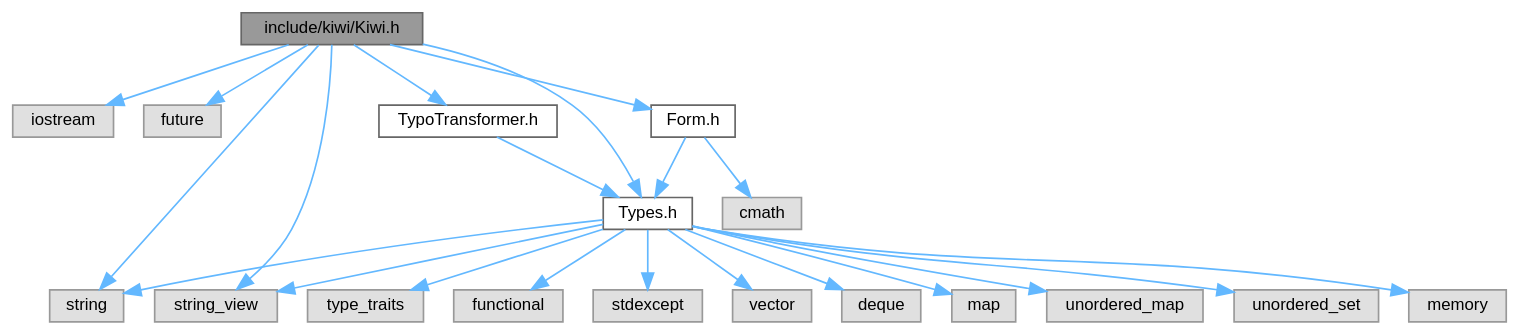
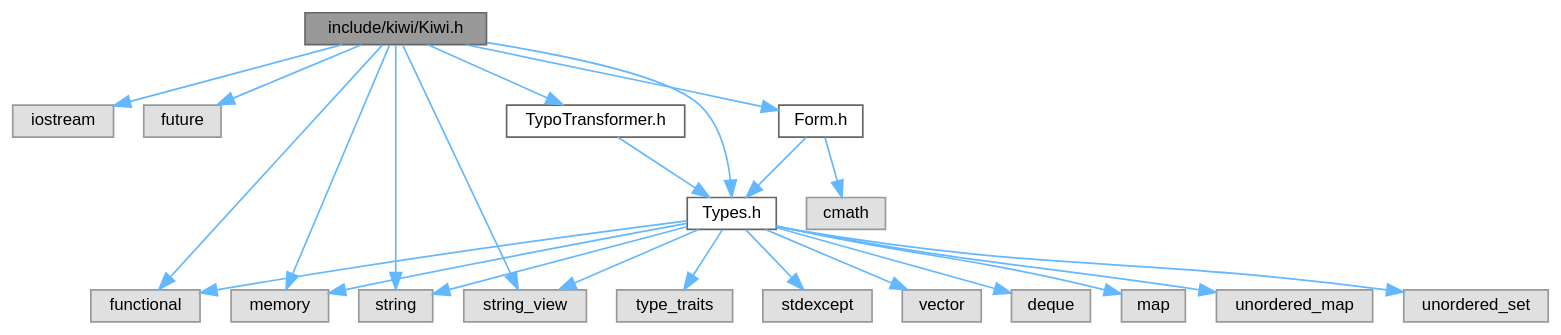
One commit to bab2min/Kiwi changed the diagram in Kiwi_8h__incl.dot. Above: the diagram before and after it, drawn with Graphviz. The commit also changed 61 other files, not shown here.

```diff
--- a/Kiwi_8h__incl.dot
+++ b/Kiwi_8h__incl.dot
@@ -1,46 +1,48 @@
 digraph "include/kiwi/Kiwi.h"
 {
  // LATEX_PDF_SIZE
   bgcolor="transparent";
   edge [fontname=Helvetica,fontsize=10,labelfontname=Helvetica,labelfontsize=10];
   node [fontname=Helvetica,fontsize=10,shape=box,height=0.2,width=0.4];
   Node1 [id="Node000001",label="include/kiwi/Kiwi.h",height=0.2,width=0.4,color="gray40", fillcolor="grey60", style="filled", fontcolor="black",tooltip="Kiwi C++ API를 담고 있는 헤더 파일"];
   Node1 -> Node2 [id="edge1_Node000001_Node000002",color="steelblue1",style="solid",tooltip=" "];
   Node2 [id="Node000002",label="iostream",height=0.2,width=0.4,color="grey60", fillcolor="#E0E0E0", style="filled",tooltip=" "];
   Node1 -> Node3 [id="edge2_Node000001_Node000003",color="steelblue1",style="solid",tooltip=" "];
   Node3 [id="Node000003",label="future",height=0.2,width=0.4,color="grey60", fillcolor="#E0E0E0", style="filled",tooltip=" "];
   Node1 -> Node4 [id="edge3_Node000001_Node000004",color="steelblue1",style="solid",tooltip=" "];
-  Node4 [id="Node000004",label="string",height=0.2,width=0.4,color="grey60", fillcolor="#E0E0E0", style="filled",tooltip=" "];
+  Node4 [id="Node000004",label="functional",height=0.2,width=0.4,color="grey60", fillcolor="#E0E0E0", style="filled",tooltip=" "];
   Node1 -> Node5 [id="edge4_Node000001_Node000005",color="steelblue1",style="solid",tooltip=" "];
-  Node5 [id="Node000005",label="string_view",height=0.2,width=0.4,color="grey60", fillcolor="#E0E0E0", style="filled",tooltip=" "];
+  Node5 [id="Node000005",label="memory",height=0.2,width=0.4,color="grey60", fillcolor="#E0E0E0", style="filled",tooltip=" "];
   Node1 -> Node6 [id="edge5_Node000001_Node000006",color="steelblue1",style="solid",tooltip=" "];
-  Node6 [id="Node000006",label="Types.h",height=0.2,width=0.4,color="grey40", fillcolor="white", style="filled",URL="$Types_8h.html",tooltip="Kiwi C++ API에 쓰이는 주요 타입들을 모아놓은 헤더 파일"];
-  Node6 -> Node7 [id="edge6_Node000006_Node000007",color="steelblue1",style="solid",tooltip=" "];
-  Node7 [id="Node000007",label="vector",height=0.2,width=0.4,color="grey60", fillcolor="#E0E0E0", style="filled",tooltip=" "];
-  Node6 -> Node8 [id="edge7_Node000006_Node000008",color="steelblue1",style="solid",tooltip=" "];
-  Node8 [id="Node000008",label="deque",height=0.2,width=0.4,color="grey60", fillcolor="#E0E0E0", style="filled",tooltip=" "];
-  Node6 -> Node9 [id="edge8_Node000006_Node000009",color="steelblue1",style="solid",tooltip=" "];
-  Node9 [id="Node000009",label="map",height=0.2,width=0.4,color="grey60", fillcolor="#E0E0E0", style="filled",tooltip=" "];
-  Node6 -> Node10 [id="edge9_Node000006_Node000010",color="steelblue1",style="solid",tooltip=" "];
-  Node10 [id="Node000010",label="unordered_map",height=0.2,width=0.4,color="grey60", fillcolor="#E0E0E0", style="filled",tooltip=" "];
-  Node6 -> Node11 [id="edge10_Node000006_Node000011",color="steelblue1",style="solid",tooltip=" "];
-  Node11 [id="Node000011",label="unordered_set",height=0.2,width=0.4,color="grey60", fillcolor="#E0E0E0", style="filled",tooltip=" "];
-  Node6 -> Node4 [id="edge11_Node000006_Node000004",color="steelblue1",style="solid",tooltip=" "];
-  Node6 -> Node5 [id="edge12_Node000006_Node000005",color="steelblue1",style="solid",tooltip=" "];
-  Node6 -> Node12 [id="edge13_Node000006_Node000012",color="steelblue1",style="solid",tooltip=" "];
-  Node12 [id="Node000012",label="memory",height=0.2,width=0.4,color="grey60", fillcolor="#E0E0E0", style="filled",tooltip=" "];
-  Node6 -> Node13 [id="edge14_Node000006_Node000013",color="steelblue1",style="solid",tooltip=" "];
-  Node13 [id="Node000013",label="type_traits",height=0.2,width=0.4,color="grey60", fillcolor="#E0E0E0", style="filled",tooltip=" "];
-  Node6 -> Node14 [id="edge15_Node000006_Node000014",color="steelblue1",style="solid",tooltip=" "];
-  Node14 [id="Node000014",label="functional",height=0.2,width=0.4,color="grey60", fillcolor="#E0E0E0", style="filled",tooltip=" "];
-  Node6 -> Node15 [id="edge16_Node000006_Node000015",color="steelblue1",style="solid",tooltip=" "];
+  Node6 [id="Node000006",label="string",height=0.2,width=0.4,color="grey60", fillcolor="#E0E0E0", style="filled",tooltip=" "];
+  Node1 -> Node7 [id="edge6_Node000001_Node000007",color="steelblue1",style="solid",tooltip=" "];
+  Node7 [id="Node000007",label="string_view",height=0.2,width=0.4,color="grey60", fillcolor="#E0E0E0", style="filled",tooltip=" "];
+  Node1 -> Node8 [id="edge7_Node000001_Node000008",color="steelblue1",style="solid",tooltip=" "];
+  Node8 [id="Node000008",label="Types.h",height=0.2,width=0.4,color="grey40", fillcolor="white", style="filled",URL="$Types_8h.html",tooltip="Kiwi C++ API에 쓰이는 주요 타입들을 모아놓은 헤더 파일"];
+  Node8 -> Node9 [id="edge8_Node000008_Node000009",color="steelblue1",style="solid",tooltip=" "];
+  Node9 [id="Node000009",label="vector",height=0.2,width=0.4,color="grey60", fillcolor="#E0E0E0", style="filled",tooltip=" "];
+  Node8 -> Node10 [id="edge9_Node000008_Node000010",color="steelblue1",style="solid",tooltip=" "];
+  Node10 [id="Node000010",label="deque",height=0.2,width=0.4,color="grey60", fillcolor="#E0E0E0", style="filled",tooltip=" "];
+  Node8 -> Node11 [id="edge10_Node000008_Node000011",color="steelblue1",style="solid",tooltip=" "];
+  Node11 [id="Node000011",label="map",height=0.2,width=0.4,color="grey60", fillcolor="#E0E0E0", style="filled",tooltip=" "];
+  Node8 -> Node12 [id="edge11_Node000008_Node000012",color="steelblue1",style="solid",tooltip=" "];
+  Node12 [id="Node000012",label="unordered_map",height=0.2,width=0.4,color="grey60", fillcolor="#E0E0E0", style="filled",tooltip=" "];
+  Node8 -> Node13 [id="edge12_Node000008_Node000013",color="steelblue1",style="solid",tooltip=" "];
+  Node13 [id="Node000013",label="unordered_set",height=0.2,width=0.4,color="grey60", fillcolor="#E0E0E0", style="filled",tooltip=" "];
+  Node8 -> Node6 [id="edge13_Node000008_Node000006",color="steelblue1",style="solid",tooltip=" "];
+  Node8 -> Node7 [id="edge14_Node000008_Node000007",color="steelblue1",style="solid",tooltip=" "];
+  Node8 -> Node5 [id="edge15_Node000008_Node000005",color="steelblue1",style="solid",tooltip=" "];
+  Node8 -> Node14 [id="edge16_Node000008_Node000014",color="steelblue1",style="solid",tooltip=" "];
+  Node14 [id="Node000014",label="type_traits",height=0.2,width=0.4,color="grey60", fillcolor="#E0E0E0", style="filled",tooltip=" "];
+  Node8 -> Node4 [id="edge17_Node000008_Node000004",color="steelblue1",style="solid",tooltip=" "];
+  Node8 -> Node15 [id="edge18_Node000008_Node000015",color="steelblue1",style="solid",tooltip=" "];
   Node15 [id="Node000015",label="stdexcept",height=0.2,width=0.4,color="grey60", fillcolor="#E0E0E0", style="filled",tooltip=" "];
-  Node1 -> Node16 [id="edge17_Node000001_Node000016",color="steelblue1",style="solid",tooltip=" "];
+  Node1 -> Node16 [id="edge19_Node000001_Node000016",color="steelblue1",style="solid",tooltip=" "];
   Node16 [id="Node000016",label="Form.h",height=0.2,width=0.4,color="grey40", fillcolor="white", style="filled",URL="$Form_8h.html",tooltip="형태 및 형태소에 관한 정보를 담는 구조체들이 선언된 헤더"];
-  Node16 -> Node17 [id="edge18_Node000016_Node000017",color="steelblue1",style="solid",tooltip=" "];
+  Node16 -> Node17 [id="edge20_Node000016_Node000017",color="steelblue1",style="solid",tooltip=" "];
   Node17 [id="Node000017",label="cmath",height=0.2,width=0.4,color="grey60", fillcolor="#E0E0E0", style="filled",tooltip=" "];
-  Node16 -> Node6 [id="edge19_Node000016_Node000006",color="steelblue1",style="solid",tooltip=" "];
-  Node1 -> Node18 [id="edge20_Node000001_Node000018",color="steelblue1",style="solid",tooltip=" "];
+  Node16 -> Node8 [id="edge21_Node000016_Node000008",color="steelblue1",style="solid",tooltip=" "];
+  Node1 -> Node18 [id="edge22_Node000001_Node000018",color="steelblue1",style="solid",tooltip=" "];
   Node18 [id="Node000018",label="TypoTransformer.h",height=0.2,width=0.4,color="grey40", fillcolor="white", style="filled",URL="$TypoTransformer_8h.html",tooltip="오타 교정에 사용되는 TypoTransformer 및 관련 클래스들을 정의합니다."];
-  Node18 -> Node6 [id="edge21_Node000018_Node000006",color="steelblue1",style="solid",tooltip=" "];
+  Node18 -> Node8 [id="edge23_Node000018_Node000008",color="steelblue1",style="solid",tooltip=" "];
 }
```
